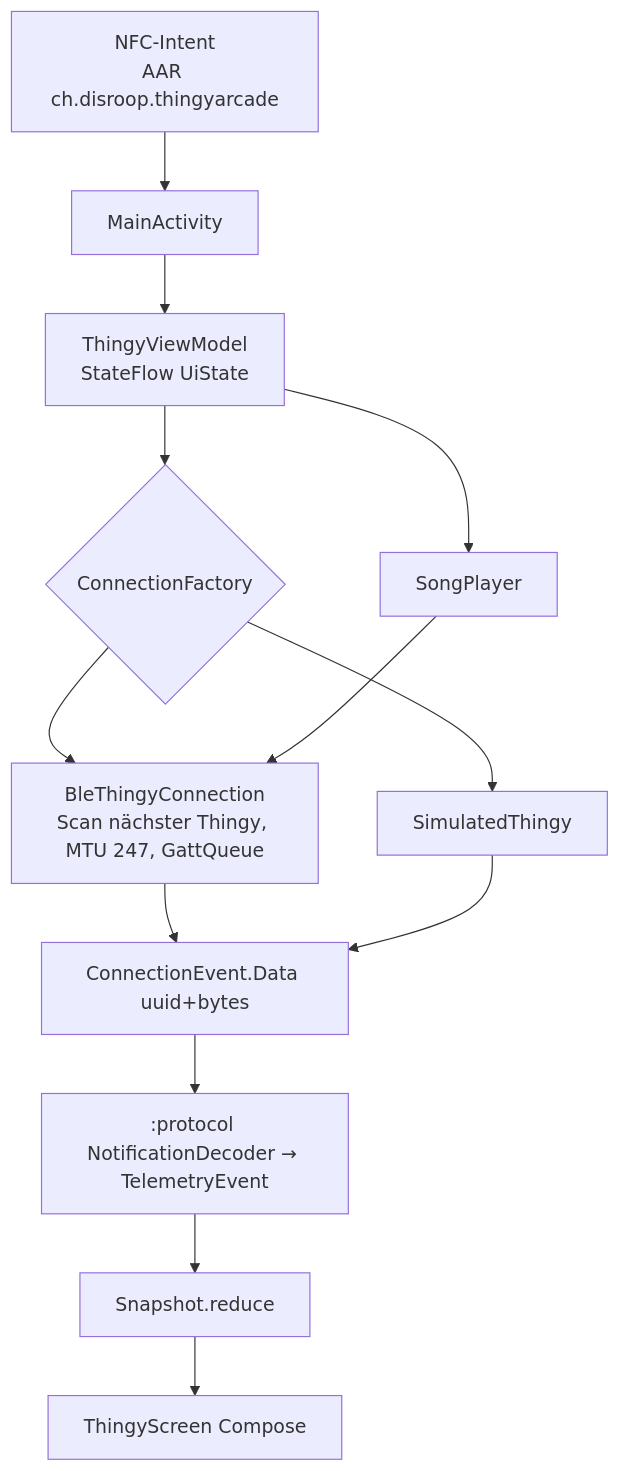
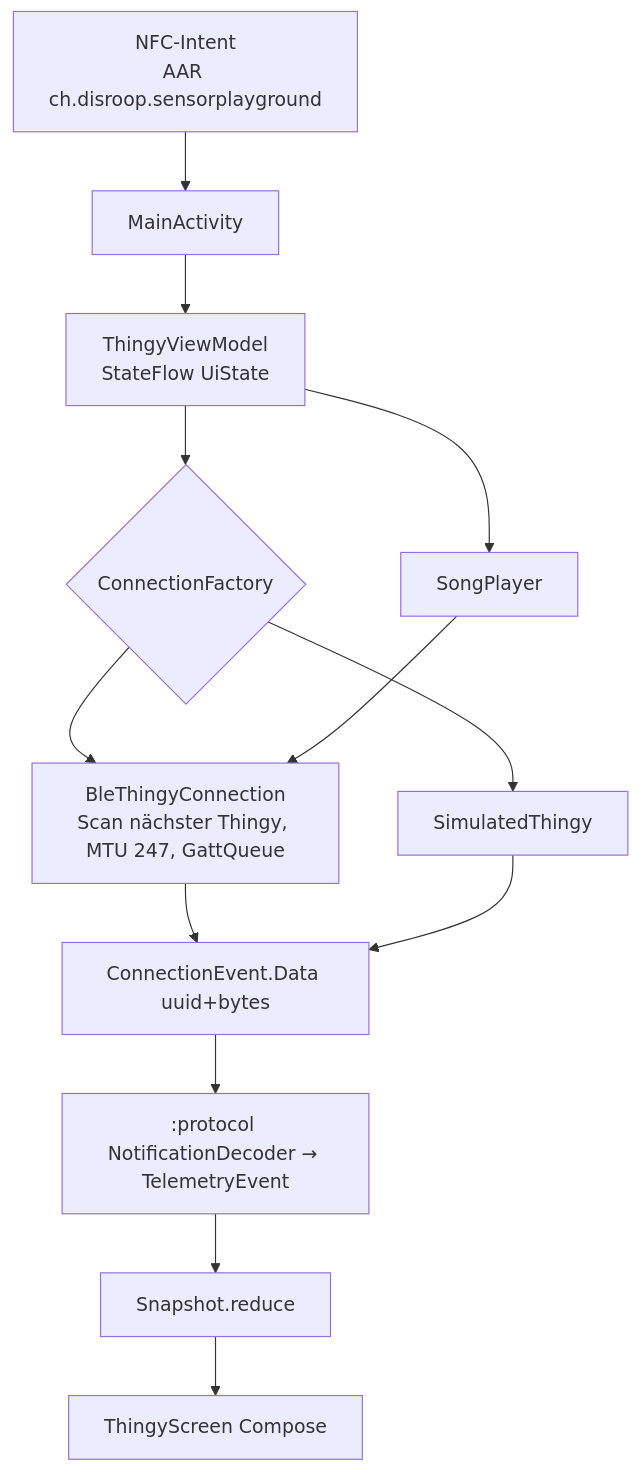
The second of 2 diagrams in docs/ARCHITECTURE.md (stefaneicher/disroop-sensor-playground), drawn with Mermaid before and after one commit. The commit also changed other lines of this file and 151 other files, not shown here.

````diff
--- a/docs/ARCHITECTURE.md
+++ b/docs/ARCHITECTURE.md
@@ -111,14 +111,14 @@
 ```mermaid
 flowchart TB
-  NFC[NFC-Intent<br/>AAR ch.disroop.thingyarcade] --> MA[MainActivity]
+  NFC[NFC-Intent<br/>AAR ch.disroop.sensorplayground] --> MA[MainActivity]
   MA --> VM[ThingyViewModel<br/>StateFlow UiState]
   VM --> CF{ConnectionFactory}
   CF --> BLE[BleThingyConnection<br/>Scan nächster Thingy, MTU 247, GattQueue]
   CF --> SIMA[SimulatedThingy]
   BLE --> EV[ConnectionEvent.Data uuid+bytes]
   SIMA --> EV
   EV --> DEC[":protocol NotificationDecoder → TelemetryEvent"]
   DEC --> SN[Snapshot.reduce]
   SN --> UI[ThingyScreen Compose]
   VM --> SP[SongPlayer] --> BLE
 ```
````
